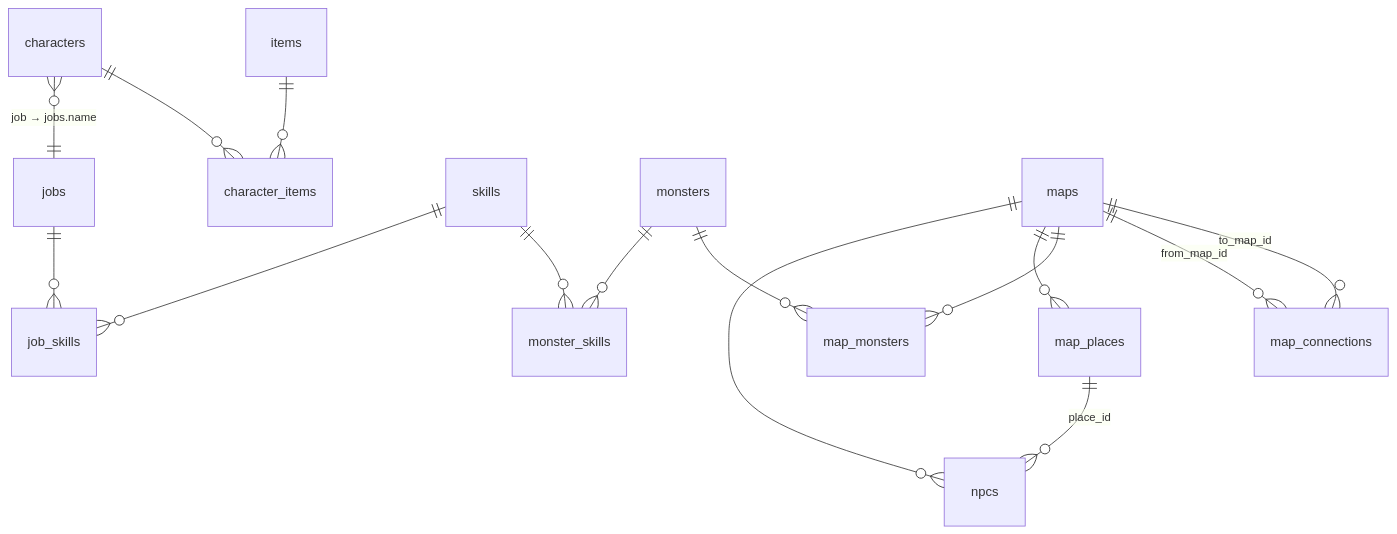
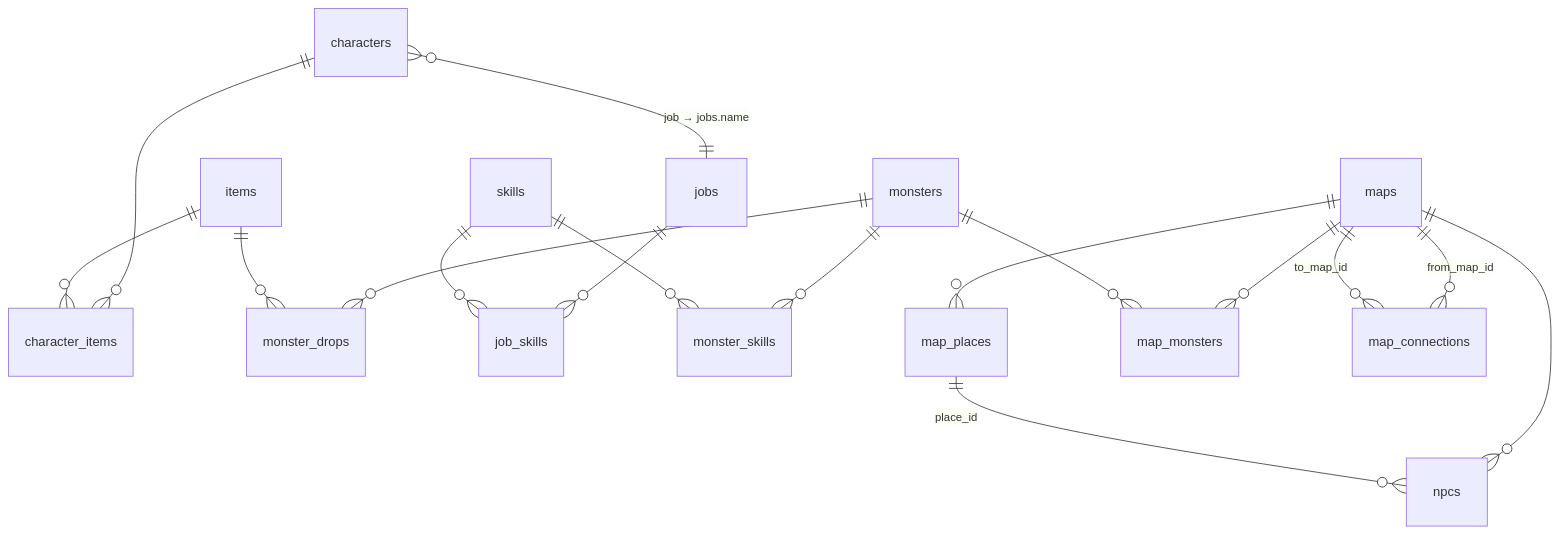
One commit to ElisandroPeixoto/ragnarok-cs changed the diagram in docs/modelo-de-dados.md. Above: the diagram before and after it, drawn with Mermaid. The commit also changed other lines of this file and 29 other files, not shown here.

First line of the commit message:
Misc items and monster drops

````diff
--- a/docs/modelo-de-dados.md
+++ b/docs/modelo-de-dados.md
@@ -7,17 +7,19 @@
 ```mermaid
 erDiagram
     characters }o--|| jobs : "job → jobs.name"
     characters ||--o{ character_items : ""
     items ||--o{ character_items : ""
+    monsters ||--o{ monster_drops : ""
+    items ||--o{ monster_drops : ""
     jobs ||--o{ job_skills : ""
     skills ||--o{ job_skills : ""
     monsters ||--o{ monster_skills : ""
     skills ||--o{ monster_skills : ""
     maps ||--o{ npcs : ""
     maps ||--o{ map_places : ""
     map_places ||--o{ npcs : "place_id"
     maps ||--o{ map_monsters : ""
     monsters ||--o{ map_monsters : ""
     maps ||--o{ map_connections : "from_map_id"
     maps ||--o{ map_connections : "to_map_id"
 ```
````
